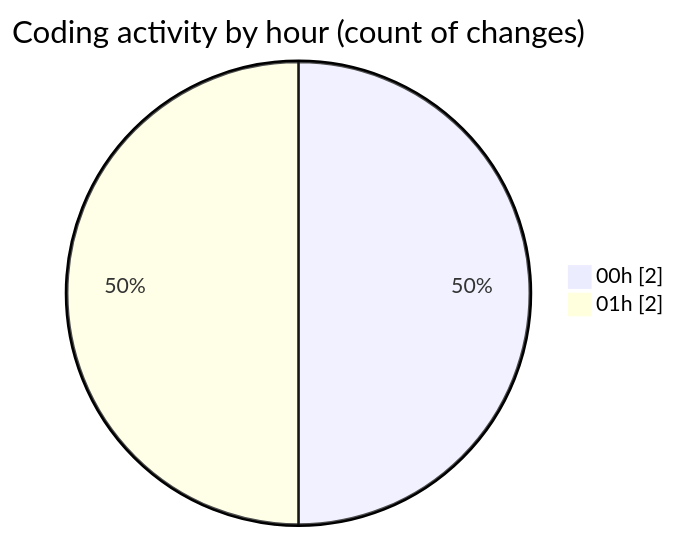
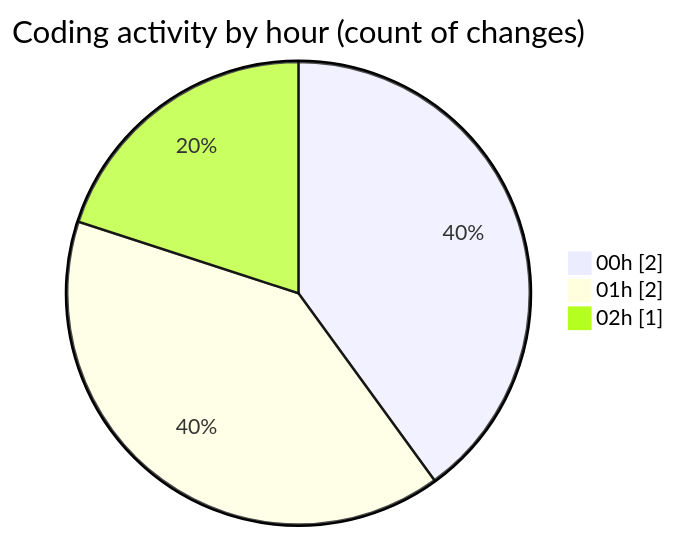
One commit to shibass792/code-tracking changed the second of 2 diagrams in 2026-07-09/twenty_versions_aminor/README.md. Above: the diagram before and after it, drawn with Mermaid. The commit also changed other lines of this file and 1 other file, not shown here.

````diff
--- a/2026-07-09/twenty_versions_aminor/README.md
+++ b/2026-07-09/twenty_versions_aminor/README.md
@@ -32,6 +32,7 @@
 ```mermaid
 pie showData
 title Coding activity by hour (count of changes)
 "00h" : 2
 "01h" : 2
+"02h" : 1
 ```
````
